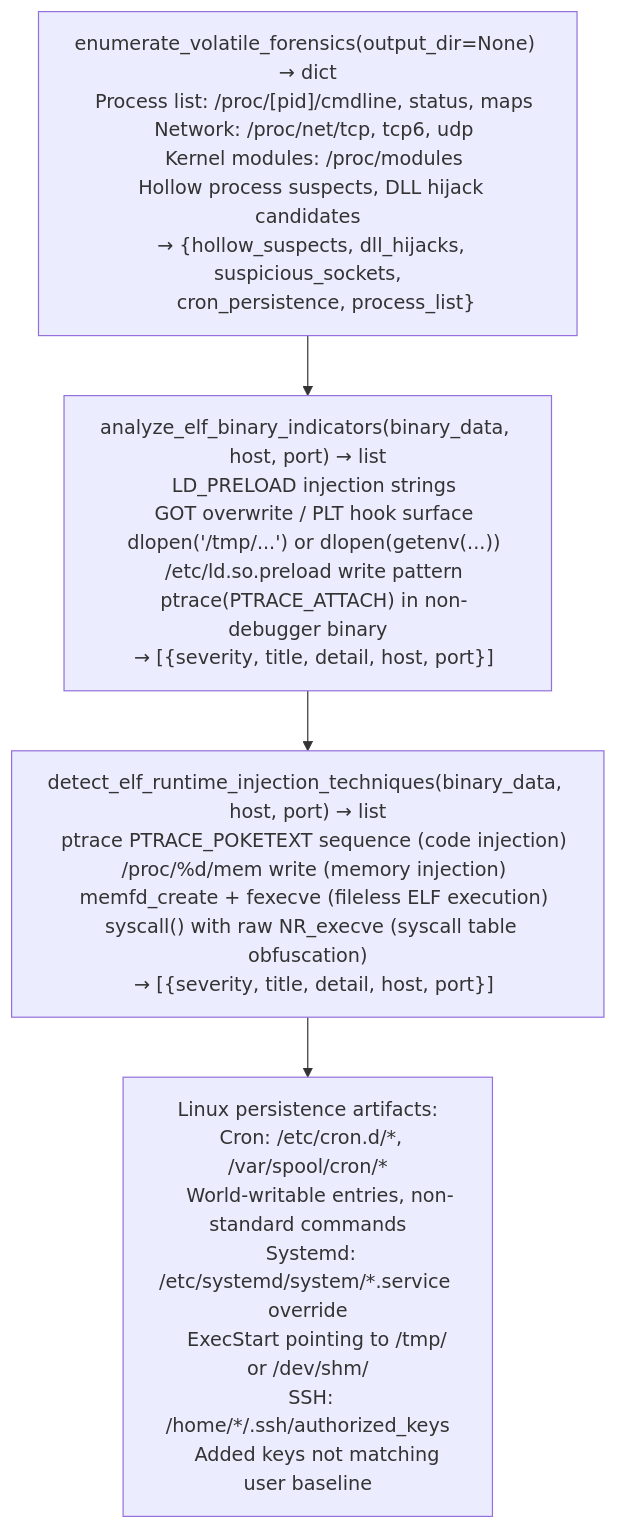
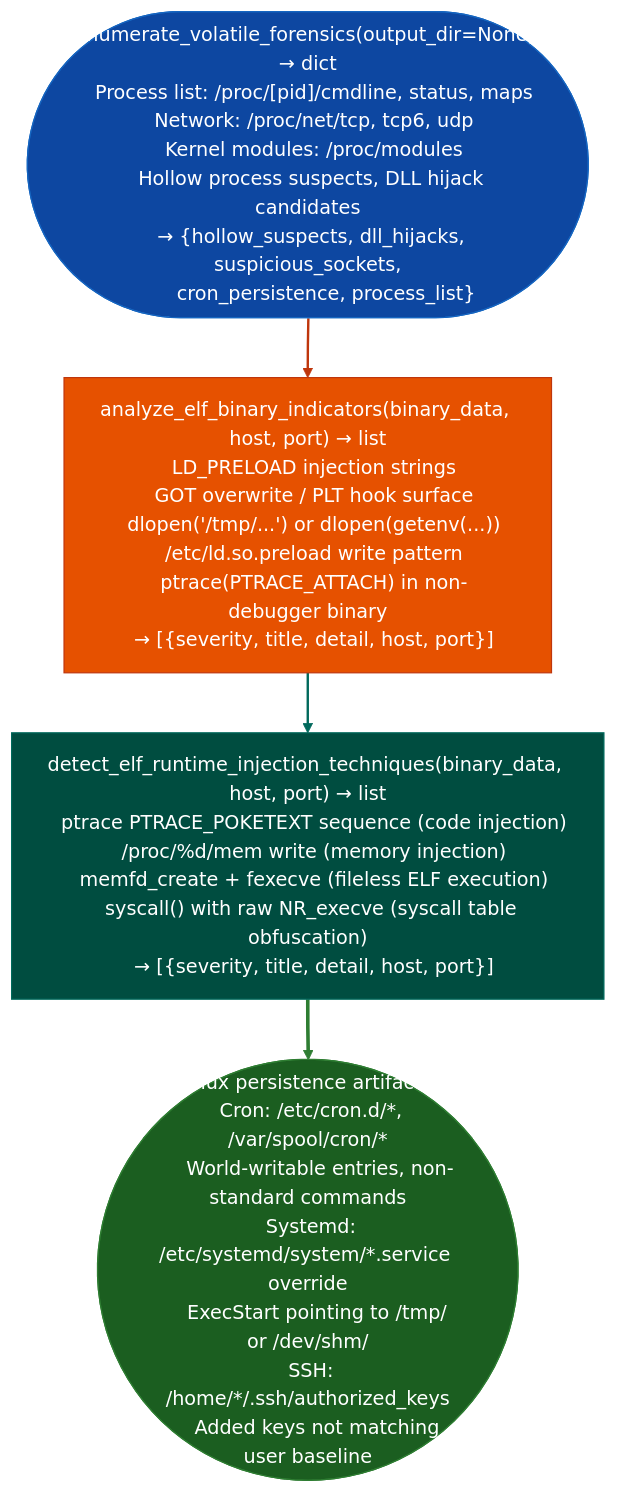
Before and after one commit to Ablation-Tool/ablation: the diagram in docs/reference-modules/volatile-and-linux-artifact-triage.md, drawn with Mermaid. The commit also changed 320 other files, not shown here.

First line of the commit message:
docs: apply canonical Mermaid template to all 321 diagrams

````diff
--- a/docs/reference-modules/volatile-and-linux-artifact-triage.md
+++ b/docs/reference-modules/volatile-and-linux-artifact-triage.md
@@ -19,6 +19,15 @@
 ```mermaid
 flowchart TD
-    A["enumerate_volatile_forensics(output_dir=None) → dict\n  Process list: /proc/[pid]/cmdline, status, maps\n  Network: /proc/net/tcp, tcp6, udp\n  Kernel modules: /proc/modules\n  Hollow process suspects, DLL hijack candidates\n  → {hollow_suspects, dll_hijacks, suspicious_sockets,\n      cron_persistence, process_list}"] --> B["analyze_elf_binary_indicators(binary_data, host, port) → list\n  LD_PRELOAD injection strings\n  GOT overwrite / PLT hook surface\n  dlopen('/tmp/...') or dlopen(getenv(...))\n  /etc/ld.so.preload write pattern\n  ptrace(PTRACE_ATTACH) in non-debugger binary\n  → [{severity, title, detail, host, port}]"]
-    B --> C["detect_elf_runtime_injection_techniques(binary_data, host, port) → list\n  ptrace PTRACE_POKETEXT sequence (code injection)\n  /proc/%d/mem write (memory injection)\n  memfd_create + fexecve (fileless ELF execution)\n  syscall() with raw NR_execve (syscall table obfuscation)\n  → [{severity, title, detail, host, port}]"]
-    C --> D["Linux persistence artifacts:\n  Cron: /etc/cron.d/*, /var/spool/cron/*\n    World-writable entries, non-standard commands\n  Systemd: /etc/systemd/system/*.service override\n    ExecStart pointing to /tmp/ or /dev/shm/\n  SSH: /home/*/.ssh/authorized_keys\n    Added keys not matching user baseline"]
+    A(["enumerate_volatile_forensics(output_dir=None) → dict\n  Process list: /proc/[pid]/cmdline, status, maps\n  Network: /proc/net/tcp, tcp6, udp\n  Kernel modules: /proc/modules\n  Hollow process suspects, DLL hijack candidates\n  → {hollow_suspects, dll_hijacks, suspicious_sockets,\n      cron_persistence, process_list}"]):::input --> B["analyze_elf_binary_indicators(binary_data, host, port) → list\n  LD_PRELOAD injection strings\n  GOT overwrite / PLT hook surface\n  dlopen('/tmp/...') or dlopen(getenv(...))\n  /etc/ld.so.preload write pattern\n  ptrace(PTRACE_ATTACH) in non-debugger binary\n  → [{severity, title, detail, host, port}]"]:::primary
+    B:::primary --> C["detect_elf_runtime_injection_techniques(binary_data, host, port) → list\n  ptrace PTRACE_POKETEXT sequence (code injection)\n  /proc/%d/mem write (memory injection)\n  memfd_create + fexecve (fileless ELF execution)\n  syscall() with raw NR_execve (syscall table obfuscation)\n  → [{severity, title, detail, host, port}]"]:::secondary
+    C:::secondary --> D(["Linux persistence artifacts:\n  Cron: /etc/cron.d/*, /var/spool/cron/*\n    World-writable entries, non-standard commands\n  Systemd: /etc/systemd/system/*.service override\n    ExecStart pointing to /tmp/ or /dev/shm/\n  SSH: /home/*/.ssh/authorized_keys\n    Added keys not matching user baseline"]):::output
+    classDef input     fill:#0d47a1,stroke:#1565c0,color:#fff
+    classDef primary   fill:#e65100,stroke:#bf360c,color:#fff
+    classDef secondary fill:#004d40,stroke:#00695c,color:#fff
+    classDef tertiary  fill:#4a148c,stroke:#6a1b9a,color:#fff
+    classDef neutral   fill:#37474f,stroke:#546e7a,color:#fff
+    classDef output    fill:#1b5e20,stroke:#2e7d32,color:#fff
+    linkStyle 0 stroke:#bf360c,stroke-width:2px
+    linkStyle 1 stroke:#00695c,stroke-width:2px
+    linkStyle 2 stroke:#2e7d32,stroke-width:3px
 ```
````
